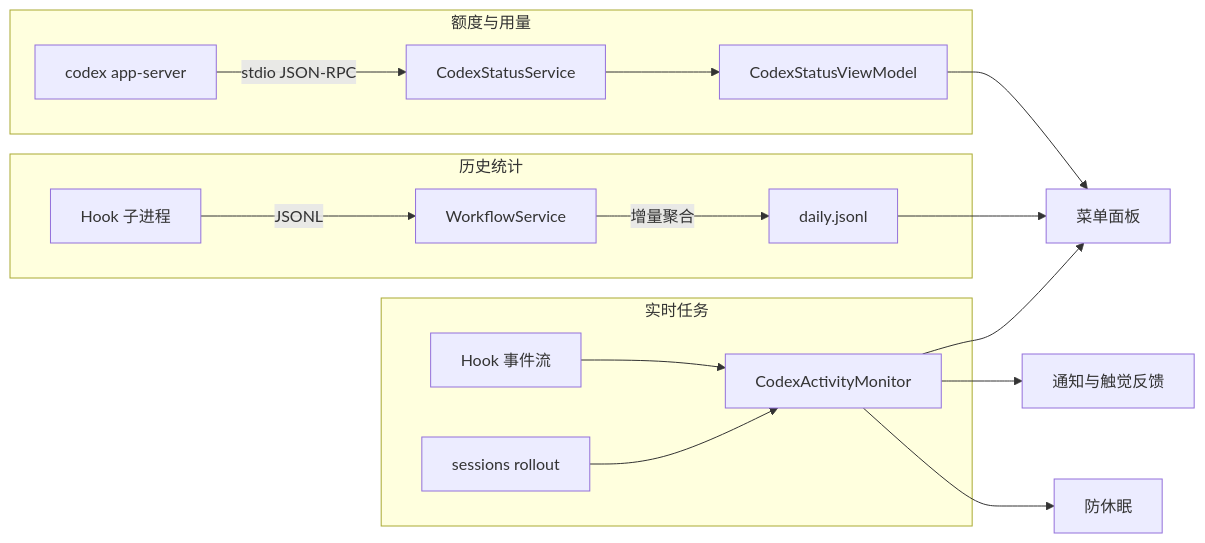
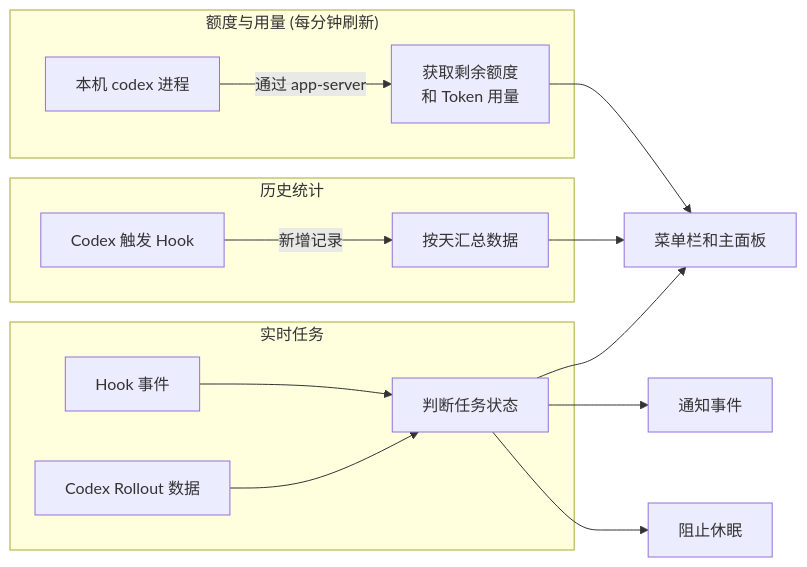
One commit to bob-zebedy/CodexBar changed the diagram in README.md. Above: the diagram before and after it, drawn with Mermaid. The commit also changed other lines of this file and 1 other file, not shown here.

Commit message:
docs: 更新 README     - 更新预览 gif     - 更新数据链路图     - 精简特性 安装 隐私与实现各节的表述

````diff
--- a/README.md
+++ b/README.md
@@ -133,23 +134,21 @@
 ```mermaid
 flowchart LR
-    subgraph L1["额度与用量"]
-        AS["codex app-server"] -->|"stdio JSON-RPC"| SS["CodexStatusService"]
-        SS --> VM["CodexStatusViewModel"]
+    subgraph L1["额度与用量 (每分钟刷新)"]
+        A1["本机 codex 进程"] -->|"通过 app-server"| A2["获取剩余额度<br/>和 Token 用量"]
     end
 
     subgraph L2["历史统计"]
-        HK["Hook 子进程"] -->|"JSONL"| WS["WorkflowService"]
-        WS -->|"增量聚合"| DA["daily.jsonl"]
+        B1["Codex 触发 Hook"] -->|"新增记录"| B2["按天汇总数据"]
     end
 
     subgraph L3["实时任务"]
-        EV["Hook 事件流"] --> AM["CodexActivityMonitor"]
-        RO["sessions rollout"] --> AM
+        C1["Hook 事件"] --> C3["判断任务状态"]
+        C2["Codex Rollout 数据"] --> C3
     end
 
-    VM --> UI["菜单面板"]
-    DA --> UI
-    AM --> UI
-    AM --> NT["通知与触觉反馈"]
-    AM --> KA["防休眠"]
+    A2 --> UI["菜单栏和主面板"]
+    B2 --> UI
+    C3 --> UI
+    C3 --> N["通知事件"]
+    C3 --> K["阻止休眠"]
 ```
````
